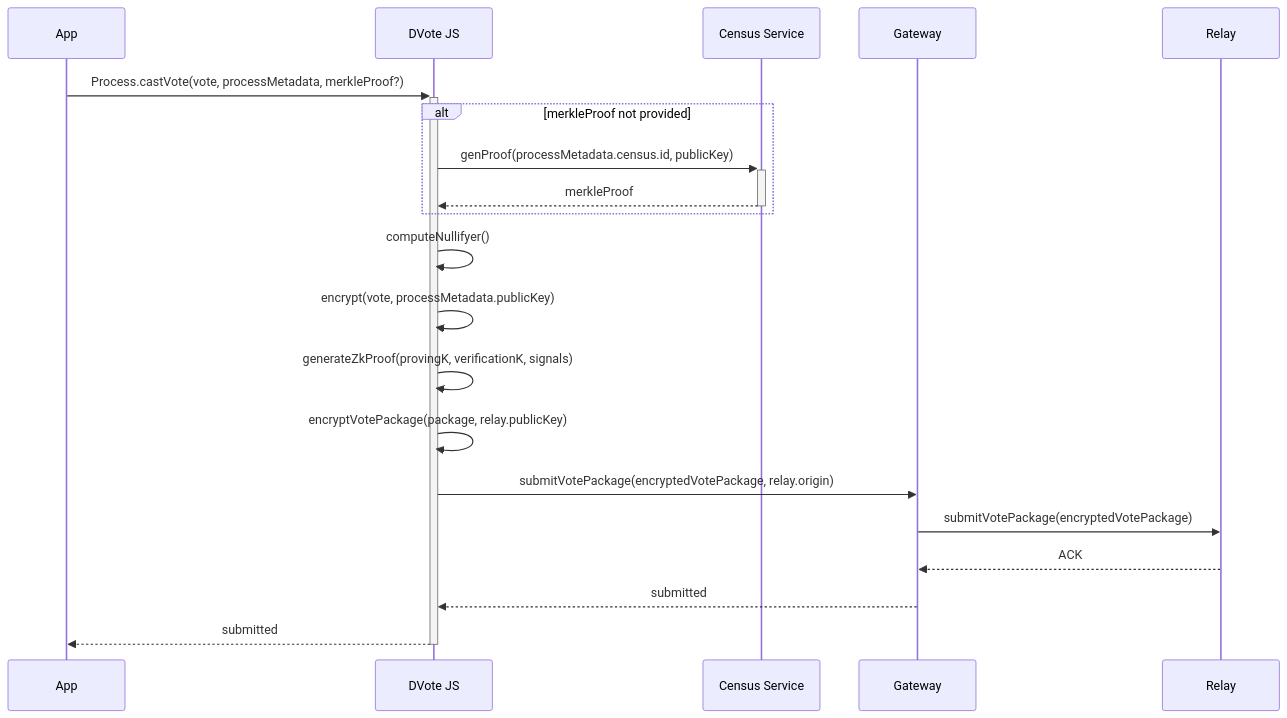
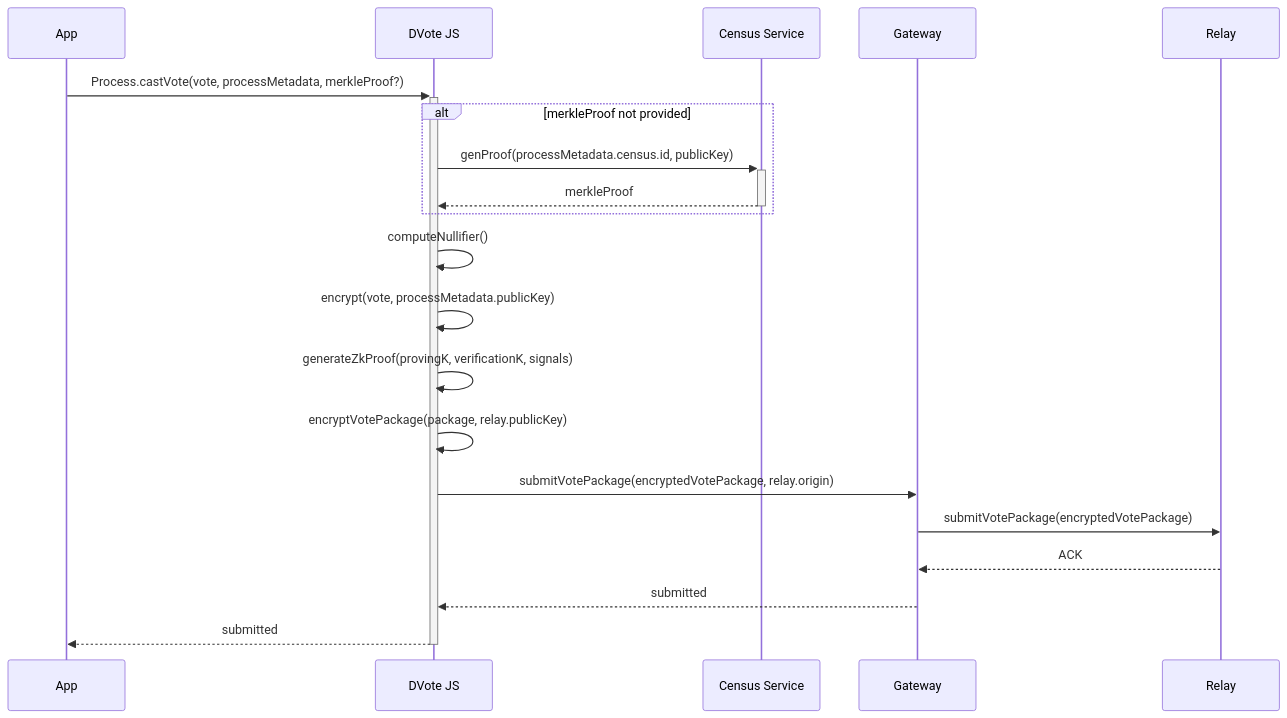
Before and after one commit to vocdoni/docs: the tenth of 15 diagrams in docs/protocol/sequence-diagrams.md, drawn with Mermaid. The commit also changed other lines of this file and 6 other files, not shown here.

````diff
--- a/docs/protocol/sequence-diagrams.md
+++ b/docs/protocol/sequence-diagrams.md
@@ -275,36 +275,36 @@
 ```mermaid
 sequenceDiagram
 
     participant App
     participant DV as DVote JS
     participant CS as Census Service
     participant GW as Gateway
     participant RL as Relay
 
     App->>+DV: Process.castVote(vote, processMetadata, merkleProof?)
 
         alt merkleProof not provided
 
             DV->>+CS: genProof(processMetadata.census.id, publicKey)
             CS-->>-DV: merkleProof
 
         end
 
-        DV->>DV: computeNullifyer()
+        DV->>DV: computeNullifier()
 
         DV->>DV: encrypt(vote, processMetadata.publicKey)
 
         DV->>DV: generateZkProof(provingK, verificationK, signals)
 
         DV->>DV: encryptVotePackage(package, relay.publicKey)
 
         DV->>GW: submitVotePackage(encryptedVotePackage, relay.origin)
             
             GW->>RL: submitVotePackage(encryptedVotePackage)
             RL-->>GW: ACK
         
         GW-->>DV: submitted
 
     DV-->>-App: submitted
 
 ```
````
